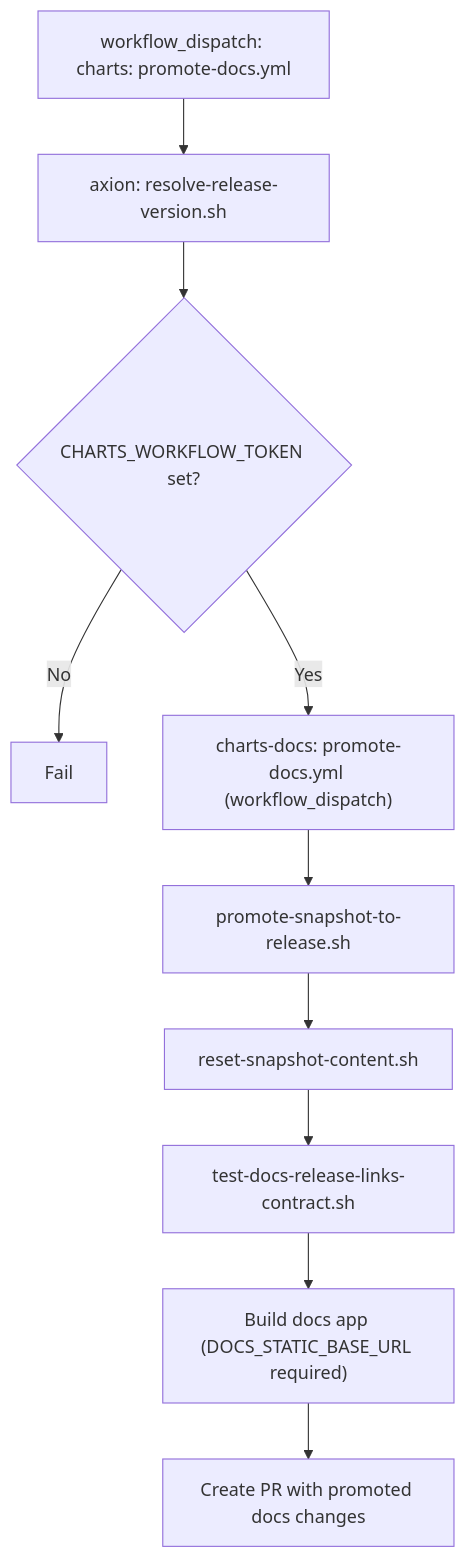
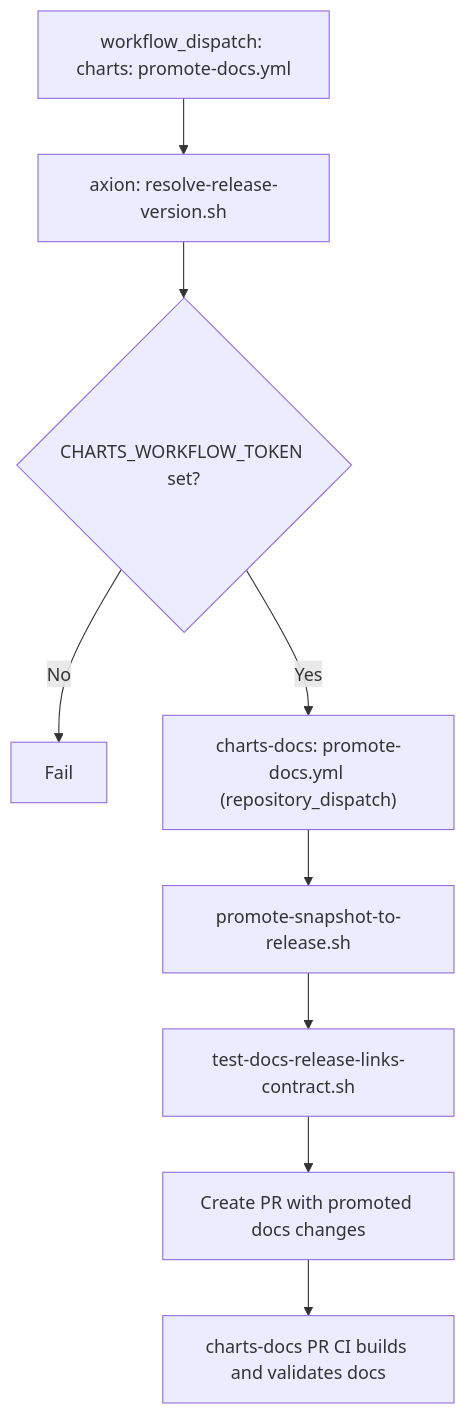
The diagram in docs/release/docs-promotion.md (HDCharts/charts), drawn with Mermaid before and after one commit. The commit also changed other lines of this file and 18 other files, not shown here.

Commit message:
chore: sync release notes workflow (#443)

````diff
--- a/docs/release/docs-promotion.md
+++ b/docs/release/docs-promotion.md
@@ -5,12 +5,11 @@
 ```mermaid
 flowchart TD
   A["workflow_dispatch: charts: promote-docs.yml"] --> B["axion: resolve-release-version.sh"]
   B --> C{"CHARTS_WORKFLOW_TOKEN set?"}
   C -- No --> CX["Fail"]
-  C -- Yes --> E["charts-docs: promote-docs.yml (workflow_dispatch)"]
+  C -- Yes --> E["charts-docs: promote-docs.yml (repository_dispatch)"]
   E --> F["promote-snapshot-to-release.sh"]
-  F --> G["reset-snapshot-content.sh"]
-  G --> H["test-docs-release-links-contract.sh"]
-  H --> I["Build docs app (DOCS_STATIC_BASE_URL required)"]
-  I --> J["Create PR with promoted docs changes"]
+  F --> H["test-docs-release-links-contract.sh"]
+  H --> I["Create PR with promoted docs changes"]
+  I --> J["charts-docs PR CI builds and validates docs"]
 ```
````
